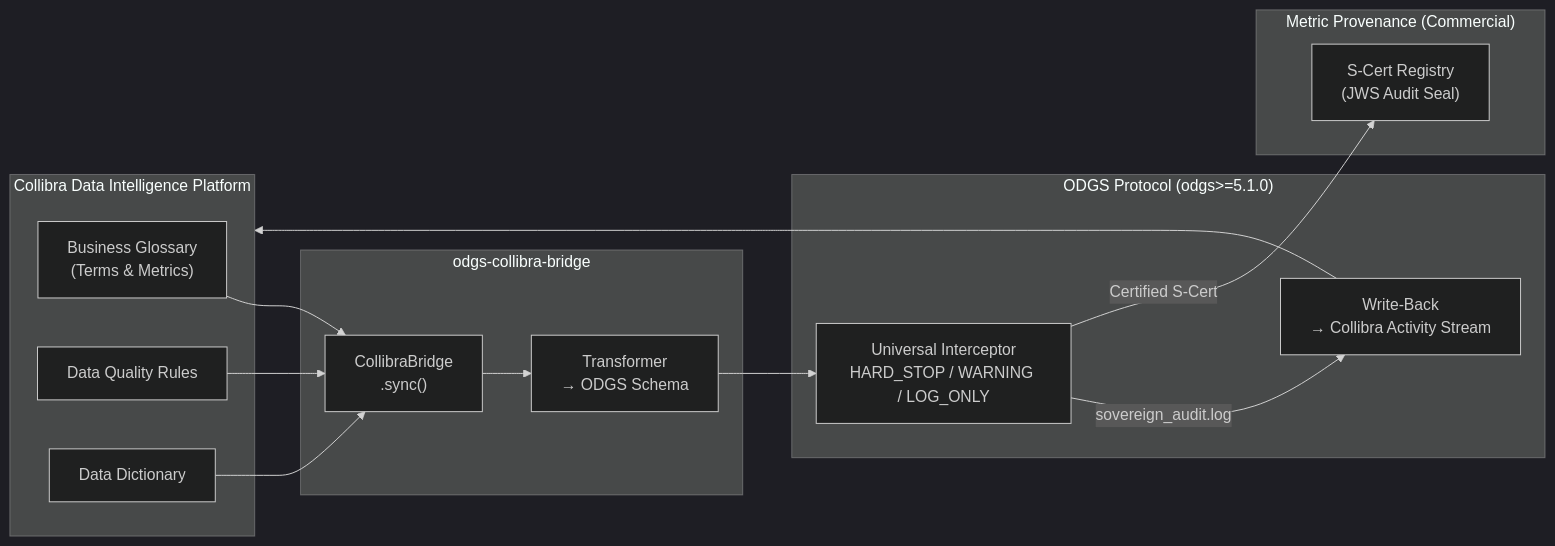
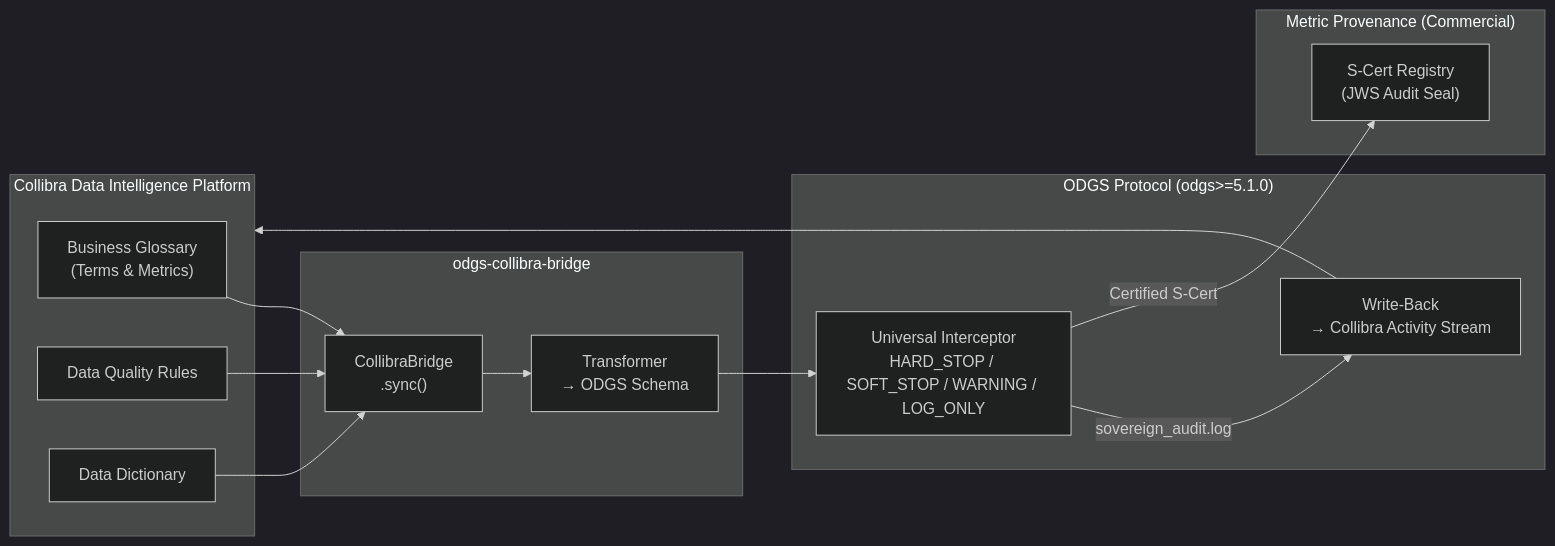
The diagram in README.md (MetricProvenance/odgs-collibra-bridge), drawn with Mermaid (dark theme) before and after one commit. The commit also changed other lines of this file and 5 other files, not shown here.

````diff
--- a/README.md
+++ b/README.md
@@ -20,26 +20,26 @@
 ```mermaid
 flowchart LR
     subgraph Collibra["Collibra Data Intelligence Platform"]
         BG["Business Glossary\n(Terms & Metrics)"]
         DQ["Data Quality Rules"]
         DD["Data Dictionary"]
     end
 
     subgraph Bridge["odgs-collibra-bridge"]
         T["CollibraBridge\n.sync()"]
         TR["Transformer\n→ ODGS Schema"]
     end
 
     subgraph ODGS["ODGS Protocol (odgs>=5.1.0)"]
-        I["Universal Interceptor\nHARD_STOP / WARNING / LOG_ONLY"]
+        I["Universal Interceptor\nHARD_STOP / SOFT_STOP / WARNING / LOG_ONLY"]
         WB["Write-Back\n→ Collibra Activity Stream"]
     end
 
     subgraph MP["Metric Provenance (Commercial)"]
         SC["S-Cert Registry\n(JWS Audit Seal)"]
     end
 
     BG & DQ & DD --> T --> TR --> I
     I -->|"sovereign_audit.log"| WB --> Collibra
     I -->|"Certified S-Cert"| SC
 ```
````
